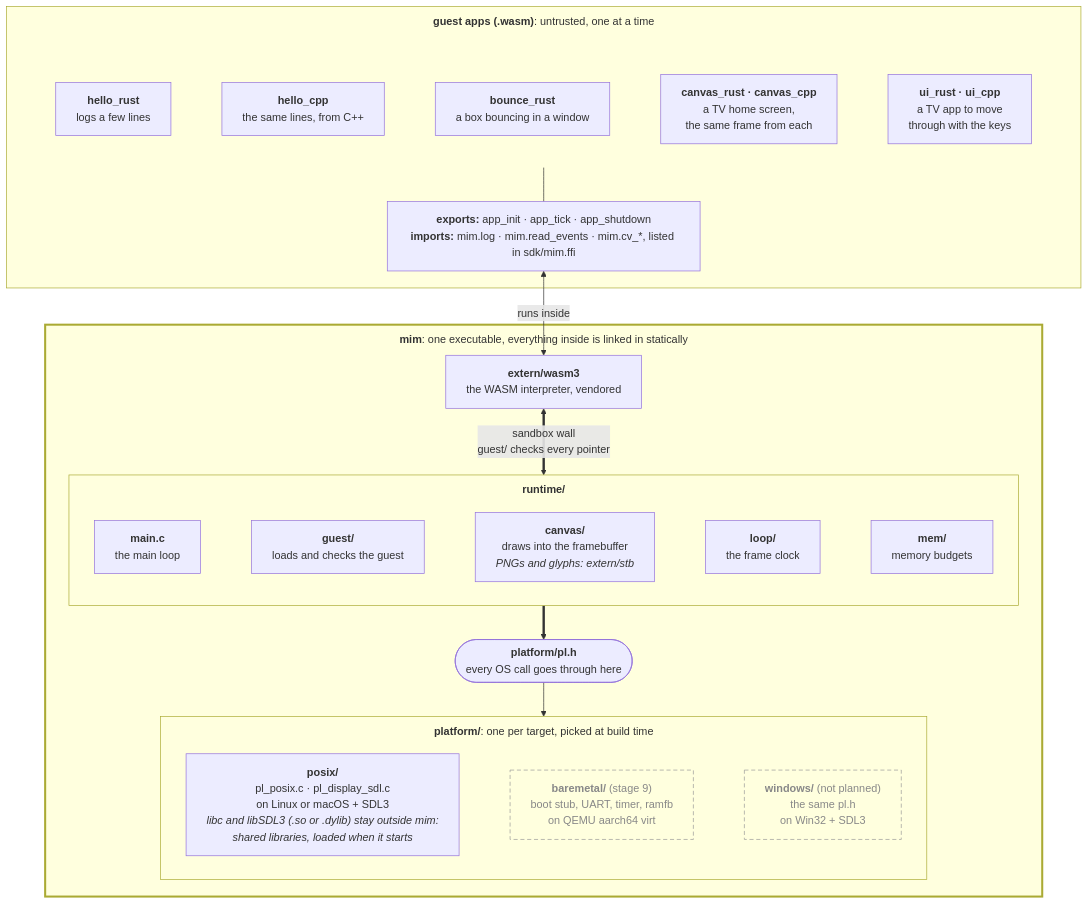
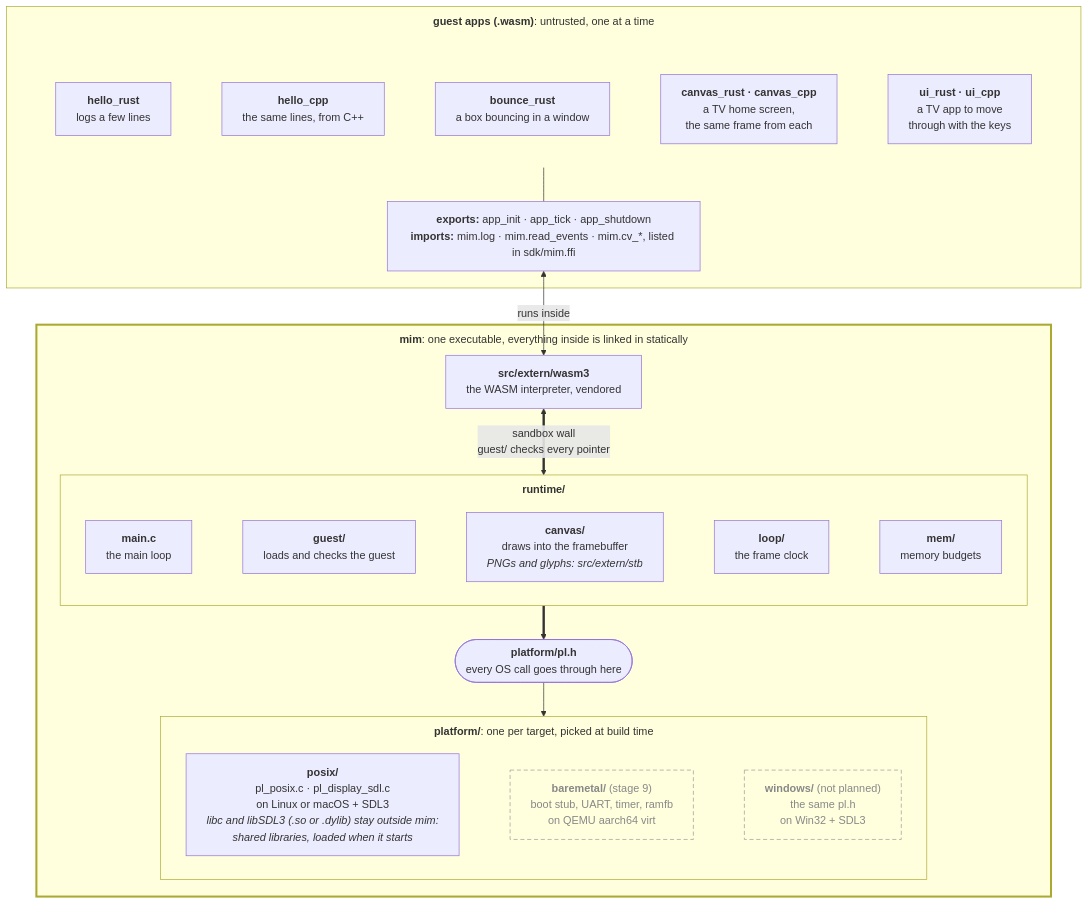
One commit to arinal/mim changed the first of 3 diagrams in README.md. Above: the diagram before and after it, drawn with Mermaid. The commit also changed other lines of this file and 195 other files, not shown here.

````diff
--- a/README.md
+++ b/README.md
@@ -17,54 +17,54 @@
 ```mermaid
 %%{init: {"flowchart": {"wrappingWidth": 400, "subGraphTitleMargin": {"top": 10, "bottom": 10}}}}%%
 flowchart TB
     accTitle: How MIM fits together
     accDescr: Everything except the guest apps is one executable, mim; on Linux it loads libc and libSDL3 as shared libraries. Seven untrusted WASM guest apps (hello_rust, hello_cpp, bounce_rust, canvas_rust and canvas_cpp, and ui_rust and ui_cpp), loaded one at a time, run inside the wasm3 interpreter. Their imports reach the runtime's guest loader, which checks every pointer and passes drawing calls to the canvas, which draws into the framebuffer, using stb for PNGs and glyphs. The runtime reaches the OS only through platform/pl.h. Linux implements it today; bare metal in QEMU is planned for stage 9, and Windows is not planned.
 
     subgraph apps["<b>guest apps (.wasm)</b>: untrusted, one at a time"]
         subgraph list[" "]
             direction LR
             hello_rust["<b>hello_rust</b><br/>logs a few lines"]
             hello_cpp["<b>hello_cpp</b><br/>the same lines, from C++"]
             bounce_rust["<b>bounce_rust</b><br/>a box bouncing in a window"]
             demo["<b>canvas_rust · canvas_cpp</b><br/>a TV home screen,<br/>the same frame from each"]
             ui["<b>ui_rust · ui_cpp</b><br/>a TV app to move<br/>through with the keys"]
             hello_rust ~~~ hello_cpp ~~~ bounce_rust ~~~ demo ~~~ ui
         end
         abi["<b>exports:</b> app_init · app_tick · app_shutdown<br/><b>imports:</b> mim.log · mim.read_events · mim.cv_*, listed in sdk/mim.ffi"]
         list --- abi
     end
 
     subgraph mim["<b>mim</b>: one executable, everything inside is linked in statically"]
-        wasm3["<b>extern/wasm3</b><br/>the WASM interpreter, vendored"]
+        wasm3["<b>src/extern/wasm3</b><br/>the WASM interpreter, vendored"]
 
         subgraph runtime["<b>runtime/</b>"]
             direction LR
             main["<b>main.c</b><br/>the main loop"]
             loader["<b>guest/</b><br/>loads and checks the guest"]
-            canvas["<b>canvas/</b><br/>draws into the framebuffer<br/><i>PNGs and glyphs: extern/stb</i>"]
+            canvas["<b>canvas/</b><br/>draws into the framebuffer<br/><i>PNGs and glyphs: src/extern/stb</i>"]
             loop["<b>loop/</b><br/>the frame clock"]
             mem["<b>mem/</b><br/>memory budgets"]
             main ~~~ loader ~~~ canvas ~~~ loop ~~~ mem
         end
 
         pl(["<b>platform/pl.h</b><br/>every OS call goes through here"])
 
         subgraph platforms["<b>platform/</b>: one per target, picked at build time"]
             direction LR
             posix["<b>posix/</b><br/>pl_posix.c · pl_display_sdl.c<br/>on Linux or macOS + SDL3<br/><i>libc and libSDL3 (.so or .dylib) stay outside mim:<br/>shared libraries, loaded when it starts</i>"]
             baremetal["<b>baremetal/</b> (stage 9)<br/>boot stub, UART, timer, ramfb<br/>on QEMU aarch64 virt"]
             windows["<b>windows/</b> (not planned)<br/>the same pl.h<br/>on Win32 + SDL3"]
             posix ~~~ baremetal ~~~ windows
         end
     end
 
     abi <-- "runs inside" --> wasm3
     wasm3 <== "sandbox wall<br/>guest/ checks every pointer" ==> runtime
     runtime ==> pl
     pl --> platforms
 
     classDef planned fill:none,stroke:#999,stroke-dasharray:6 4,color:#888
     class baremetal,windows planned
     style mim stroke-width:3px
     style list fill:none,stroke:none
 ```
````
